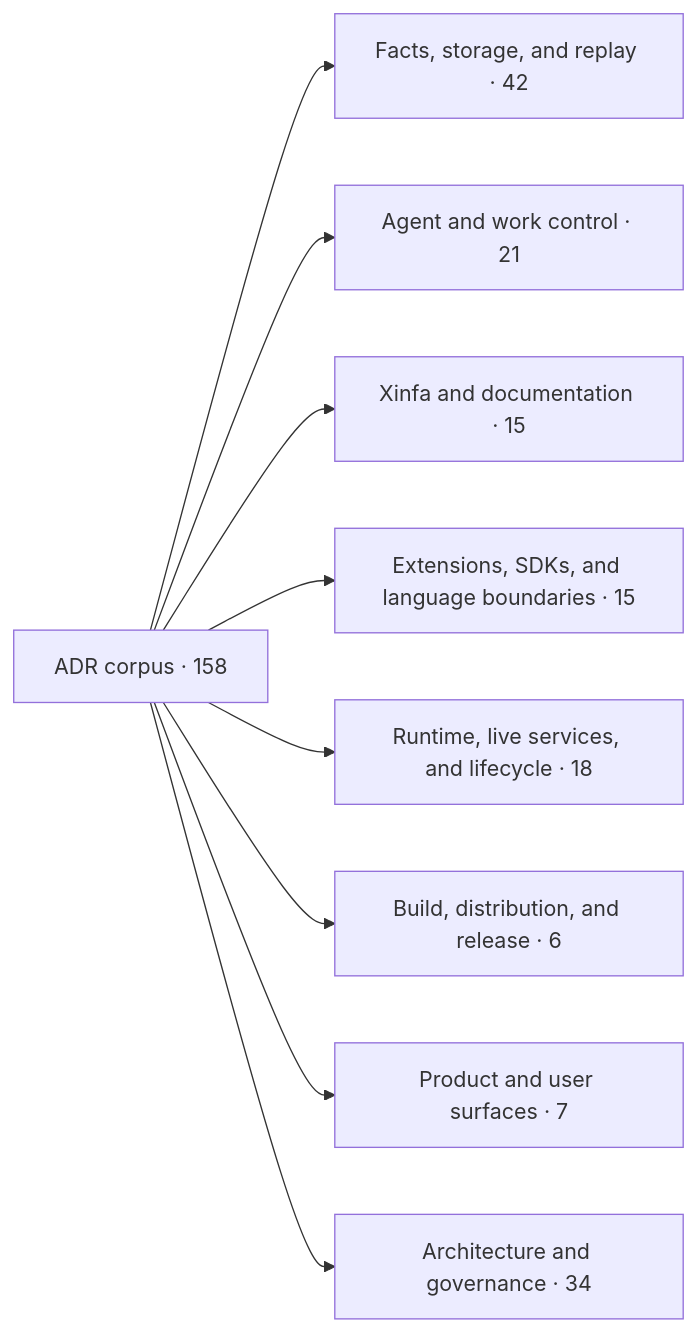
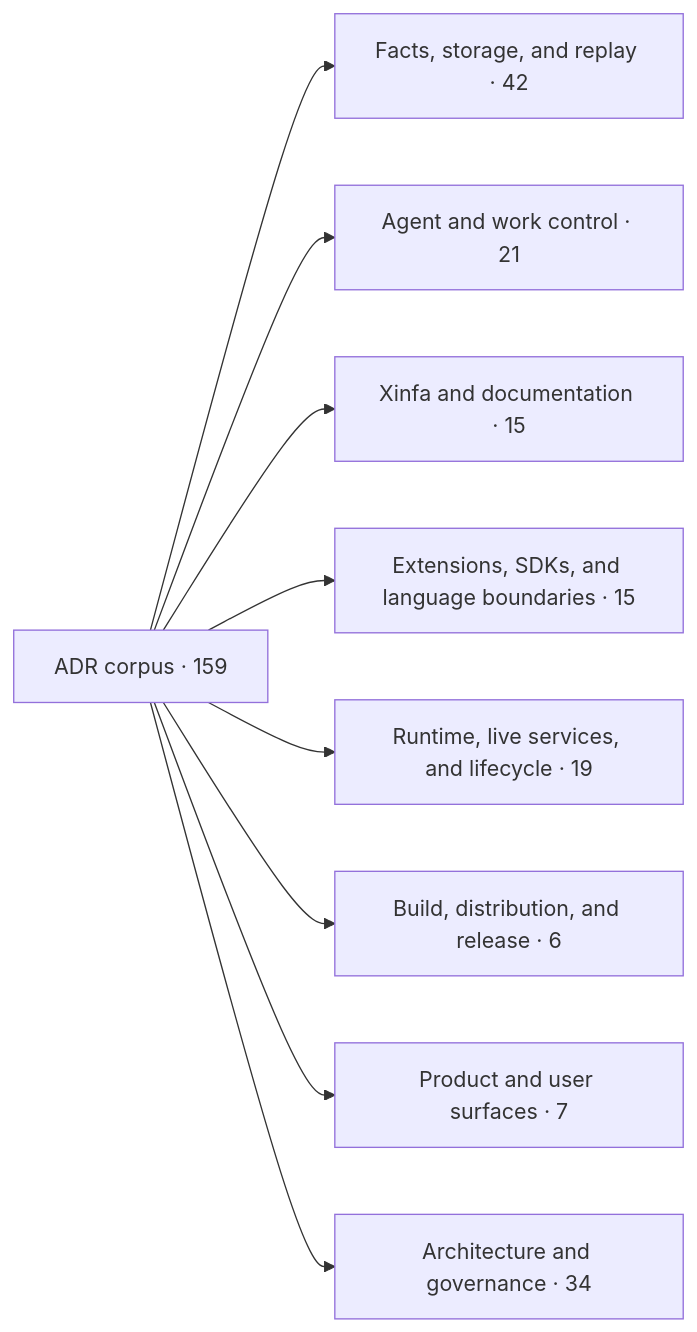
The first of 2 diagrams in docs/architecture/adr-map.md (PterX/kungfu), drawn with Mermaid before and after one commit. The commit also changed other lines of this file and 31 other files, not shown here.

````diff
--- a/docs/architecture/adr-map.md
+++ b/docs/architecture/adr-map.md
@@ -20,12 +20,12 @@
 ```mermaid
 flowchart LR
-  root["ADR corpus · 158"]
+  root["ADR corpus · 159"]
   root --> d0["Facts, storage, and replay · 42"]
   root --> d1["Agent and work control · 21"]
   root --> d2["Xinfa and documentation · 15"]
   root --> d3["Extensions, SDKs, and language boundaries · 15"]
-  root --> d4["Runtime, live services, and lifecycle · 18"]
+  root --> d4["Runtime, live services, and lifecycle · 19"]
   root --> d5["Build, distribution, and release · 6"]
   root --> d6["Product and user surfaces · 7"]
   root --> d7["Architecture and governance · 34"]
 ```
````
